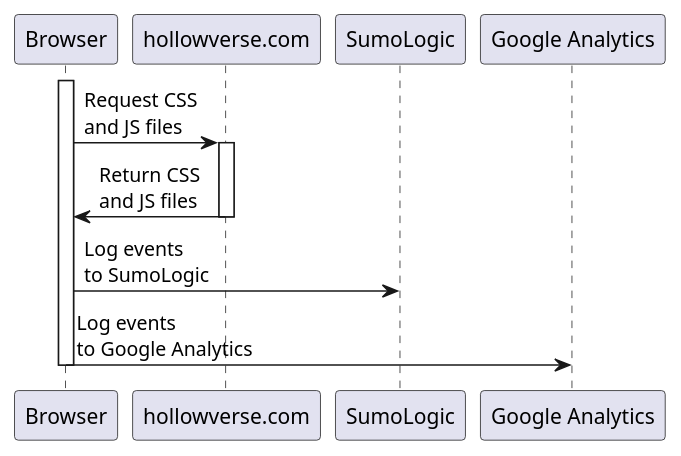
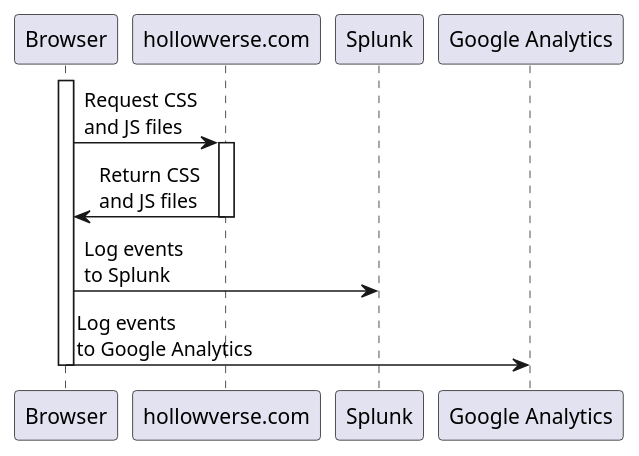
One commit to hollowverse-archive/architecture changed the diagram in architectures/diagrams/afterDownloadingIndexHtmlAnyHollowversePage.puml. Above: the diagram before and after it, drawn with PlantUML. The commit also changed 4 other files, not shown here.

```diff
--- a/architectures/diagrams/afterDownloadingIndexHtmlAnyHollowversePage.puml
+++ b/architectures/diagrams/afterDownloadingIndexHtmlAnyHollowversePage.puml
@@ -1,15 +1,15 @@
 @startuml
 participant Browser as browser
 participant "hollowverse.com" as hollowverseCom
-participant SumoLogic as sl
+participant Splunk as sp
 participant "Google Analytics" as ga
 
 activate browser
 browser -> hollowverseCom: Request CSS\nand JS files
 activate hollowverseCom
 hollowverseCom -> browser: Return CSS\nand JS files
 deactivate hollowverseCom
-browser -> sl: Log events\nto SumoLogic
+browser -> sp: Log events\nto Splunk
 browser -> ga: Log events\nto Google Analytics
 deactivate browser
 @enduml
```
